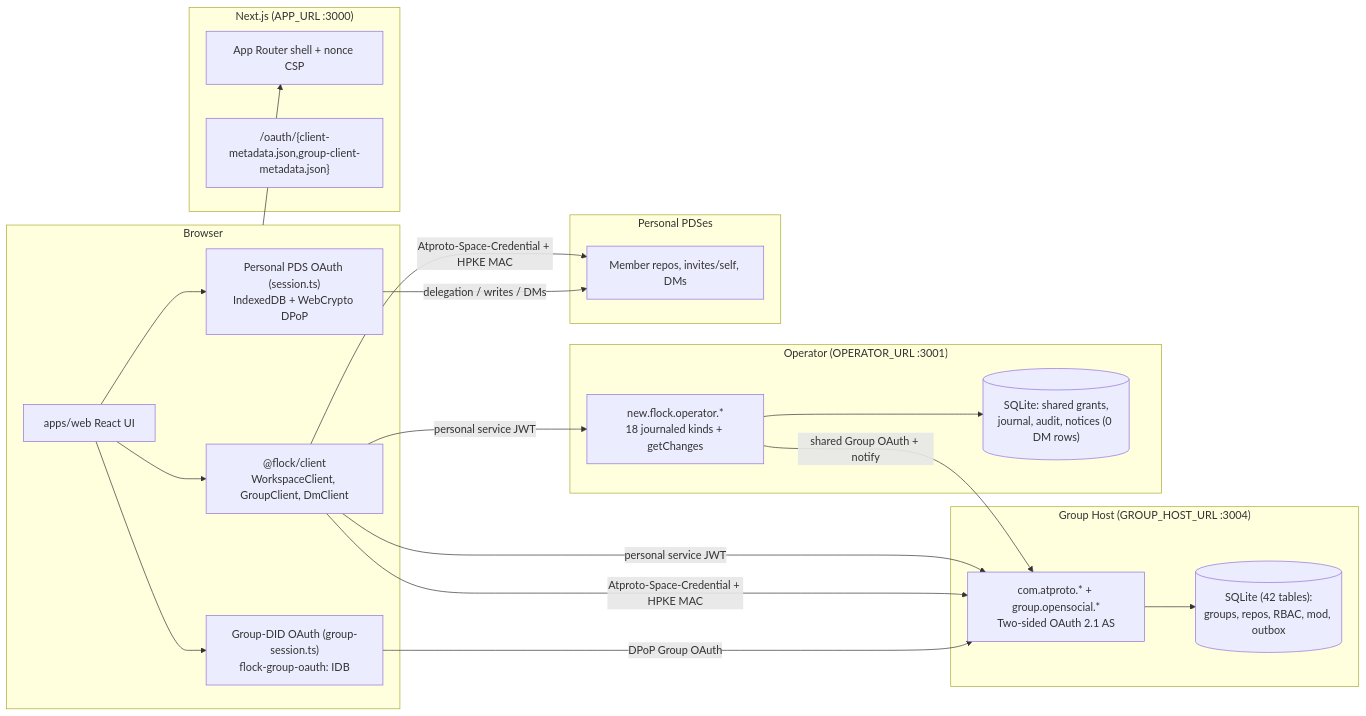
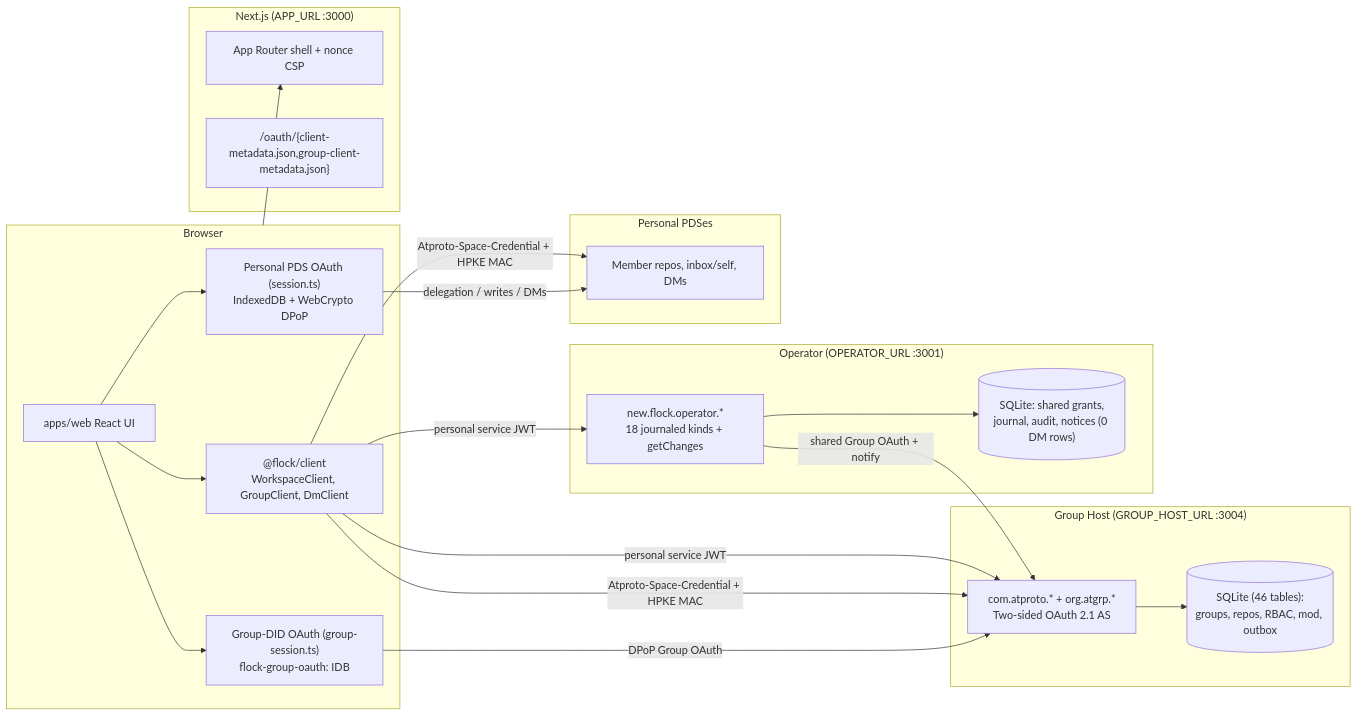
Before and after one commit to atproto-sandbox/atprotocol-slack-clone: the second of 2 diagrams in docs/dev-onboarding.md, drawn with Mermaid. The commit also changed other lines of this file and 243 other files, not shown here.

First line of the commit message:
feat(protocol): migrate to Atmosphere Groups beta (org.atgrp.* @ 0885261c)

````diff
--- a/docs/dev-onboarding.md
+++ b/docs/dev-onboarding.md
@@ -57,42 +57,42 @@
 ```mermaid
 flowchart LR
   subgraph browser["Browser"]
     UI["apps/web React UI"]
     PSESS["Personal PDS OAuth (session.ts)\nIndexedDB + WebCrypto DPoP"]
     GSESS["Group-DID OAuth (group-session.ts)\nflock-group-oauth:<viewerDid> IDB"]
     ENG["@flock/client\nWorkspaceClient, GroupClient, DmClient"]
     UI --> PSESS
     UI --> GSESS
     UI --> ENG
   end
 
   subgraph next["Next.js (APP_URL :3000)"]
     PAGES["App Router shell + nonce CSP"]
     META["/oauth/{client-metadata.json,group-client-metadata.json}"]
   end
 
   subgraph gh["Group Host (GROUP_HOST_URL :3004)"]
-    GHX["com.atproto.* + group.opensocial.*\nTwo-sided OAuth 2.1 AS"]
-    GHDB[("SQLite (42 tables):\ngroups, repos, RBAC, mod, outbox")]
+    GHX["com.atproto.* + org.atgrp.*\nTwo-sided OAuth 2.1 AS"]
+    GHDB[("SQLite (46 tables):\ngroups, repos, RBAC, mod, outbox")]
     GHX --> GHDB
   end
 
   subgraph op["Operator (OPERATOR_URL :3001)"]
     OPX["new.flock.operator.*\n18 journaled kinds + getChanges"]
     OPDB[("SQLite: shared grants,\njournal, audit, notices (0 DM rows)")]
     OPX --> OPDB
   end
 
   subgraph pds["Personal PDSes"]
-    MPDS["Member repos, invites/self, DMs"]
+    MPDS["Member repos, inbox/self, DMs"]
   end
 
   PSESS -->|delegation / writes / DMs| MPDS
   GSESS -->|DPoP Group OAuth| GHX
   ENG -->|Atproto-Space-Credential + HPKE MAC| GHX
   ENG -->|Atproto-Space-Credential + HPKE MAC| MPDS
   ENG -->|personal service JWT| GHX
   ENG -->|personal service JWT| OPX
   OPX -->|shared Group OAuth + notify| GHX
   browser --> PAGES
 ```
````
